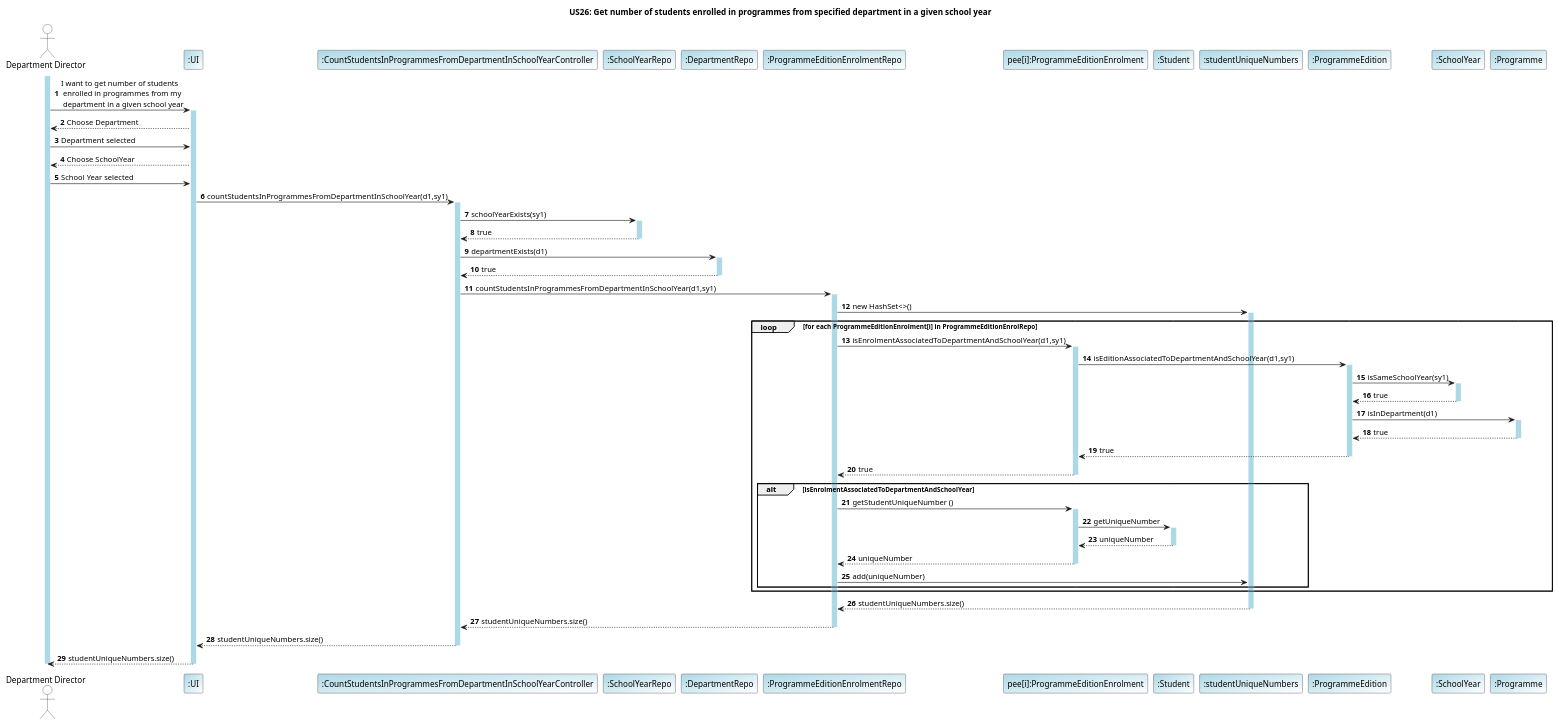
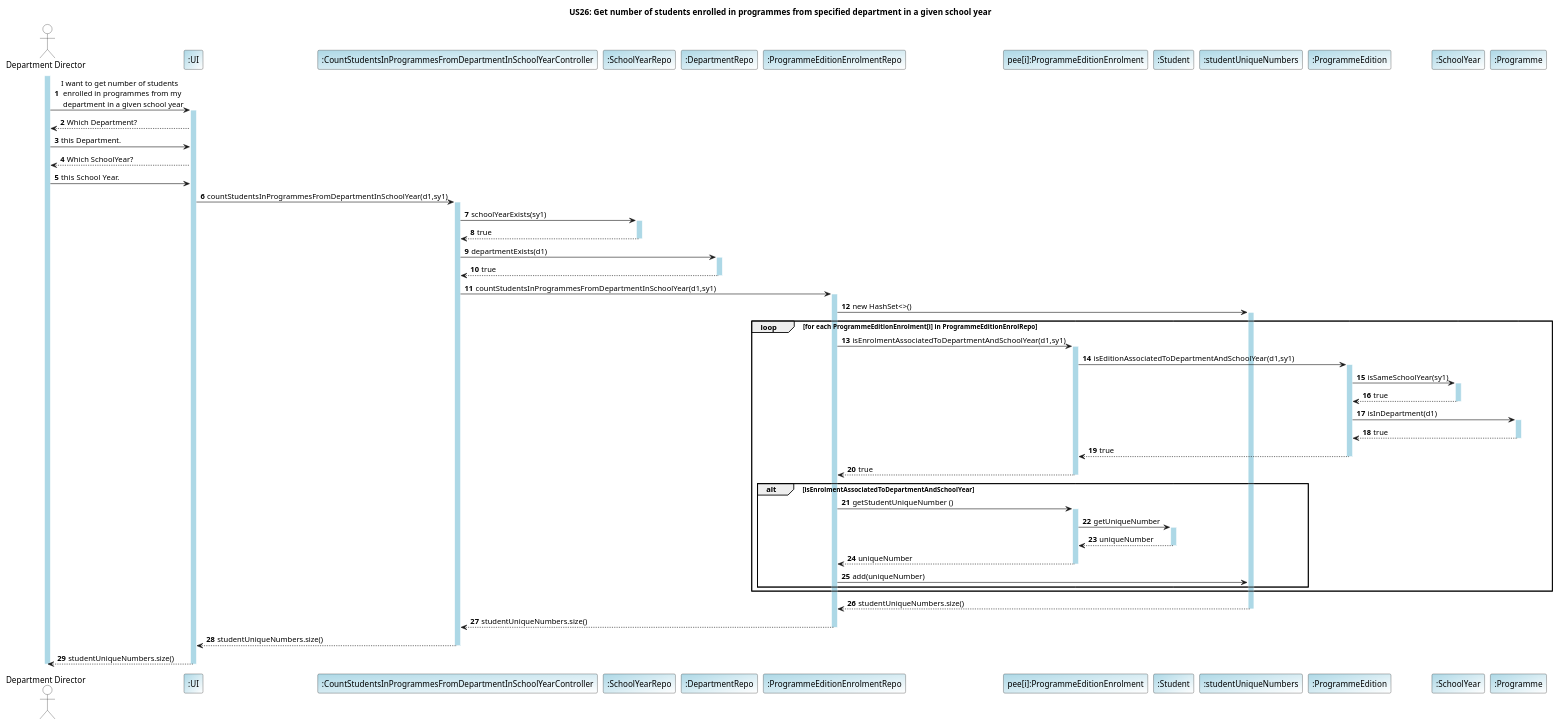
One commit to GasparISEP/DevOps-PAI changed the diagram in docs/US26/US26_getNumberOfStudentsInProgrammesFromSpecifiedDepartmentInGivenSchoolYear.puml. Above: the diagram before and after it, drawn with PlantUML.

Commit message:
Refs #82: Minor corrections to previous US26 Sequence Diagram

```diff
--- a/docs/US26/US26_getNumberOfStudentsInProgrammesFromSpecifiedDepartmentInGivenSchoolYear.puml
+++ b/docs/US26/US26_getNumberOfStudentsInProgrammesFromSpecifiedDepartmentInGivenSchoolYear.puml
@@ -1,87 +1,87 @@
 @startuml
 
 title US26: Get number of students enrolled in programmes from specified department in a given school year
 autonumber
 skinparam sequence {
    LifelineBorderColor LigthBlue
    LifelineBackgroundColor LightBlue
  }
 
 actor "Department Director" as DepartmentDir #White
 participant ":UI" as UI #LightBlue/White
 participant ":CountStudentsInProgrammesFromDepartmentInSchoolYearController" as Controller #LightBlue/White
 participant ":SchoolYearRepo" as SchoolYearRepo #LightBlue/White
 participant ":DepartmentRepo" as DepartmentRepo #LightBlue/White
 participant ":ProgrammeEditionEnrolmentRepo" as ProgrammeEditionEnrolRepo #LightBlue/White
 participant "pee[i]:ProgrammeEditionEnrolment" as ProgrammeEditionEnrolment #LightBlue/White
 participant ":Student" as Student #LightBlue/White
 participant ":studentUniqueNumbers" as StudentUniqueNumbers #LightBlue/White
 participant ":ProgrammeEdition" as ProgrammeEdition #LightBlue/White
 participant ":SchoolYear" as SchoolYear #LightBlue/White
 participant ":Programme" as Programme #LightBlue/White
 
 
 activate DepartmentDir
 DepartmentDir -> UI: I want to get number of students \n enrolled in programmes from my \n department in a given school year
 activate UI
-UI-->DepartmentDir: Choose Department
-DepartmentDir ->UI: Department selected
-UI --> DepartmentDir: Choose SchoolYear
-DepartmentDir ->UI: School Year selected
+UI-->DepartmentDir: Which Department?
+DepartmentDir ->UI: this Department.
+UI --> DepartmentDir: Which SchoolYear?
+DepartmentDir ->UI: this School Year.
 
 UI-> Controller: countStudentsInProgrammesFromDepartmentInSchoolYear(d1,sy1)
 activate Controller
 Controller -> SchoolYearRepo: schoolYearExists(sy1)
 activate SchoolYearRepo
 SchoolYearRepo --> Controller: true
 deactivate SchoolYearRepo
 Controller -> DepartmentRepo: departmentExists(d1)
 activate DepartmentRepo
 DepartmentRepo-->Controller: true
 deactivate DepartmentRepo
 Controller -> ProgrammeEditionEnrolRepo: countStudentsInProgrammesFromDepartmentInSchoolYear(d1,sy1)
 activate ProgrammeEditionEnrolRepo
 
 ProgrammeEditionEnrolRepo -> StudentUniqueNumbers: new HashSet<>()
 activate StudentUniqueNumbers
 loop for each ProgrammeEditionEnrolment[i] in ProgrammeEditionEnrolRepo
 ProgrammeEditionEnrolRepo ->ProgrammeEditionEnrolment :isEnrolmentAssociatedToDepartmentAndSchoolYear(d1,sy1)
 activate ProgrammeEditionEnrolment
 ProgrammeEditionEnrolment -> ProgrammeEdition: isEditionAssociatedToDepartmentAndSchoolYear(d1,sy1)
 activate ProgrammeEdition
 ProgrammeEdition->SchoolYear: isSameSchoolYear(sy1)
 activate SchoolYear
 SchoolYear -->ProgrammeEdition: true
 deactivate SchoolYear
 ProgrammeEdition->Programme: isInDepartment(d1)
 activate Programme
 Programme-->ProgrammeEdition:true
 deactivate Programme
 ProgrammeEdition-->ProgrammeEditionEnrolment: true
 deactivate ProgrammeEdition
 ProgrammeEditionEnrolment-->ProgrammeEditionEnrolRepo: true
 deactivate ProgrammeEditionEnrolment
 alt isEnrolmentAssociatedToDepartmentAndSchoolYear
 ProgrammeEditionEnrolRepo -> ProgrammeEditionEnrolment: getStudentUniqueNumber ()
 activate ProgrammeEditionEnrolment
 ProgrammeEditionEnrolment -> Student:getUniqueNumber
 activate Student
 Student -->ProgrammeEditionEnrolment: uniqueNumber
 deactivate Student
 ProgrammeEditionEnrolment --> ProgrammeEditionEnrolRepo: uniqueNumber
 deactivate ProgrammeEditionEnrolment
 ProgrammeEditionEnrolRepo -> StudentUniqueNumbers: add(uniqueNumber)
 end
 end
 StudentUniqueNumbers --> ProgrammeEditionEnrolRepo: studentUniqueNumbers.size()
 deactivate StudentUniqueNumbers
 ProgrammeEditionEnrolRepo-->Controller: studentUniqueNumbers.size()
 deactivate ProgrammeEditionEnrolRepo
 Controller --> UI:  studentUniqueNumbers.size()
 deactivate Controller
 UI-->DepartmentDir: studentUniqueNumbers.size()
 deactivate DepartmentDir
 deactivate UI
 
 
 @enduml
```
